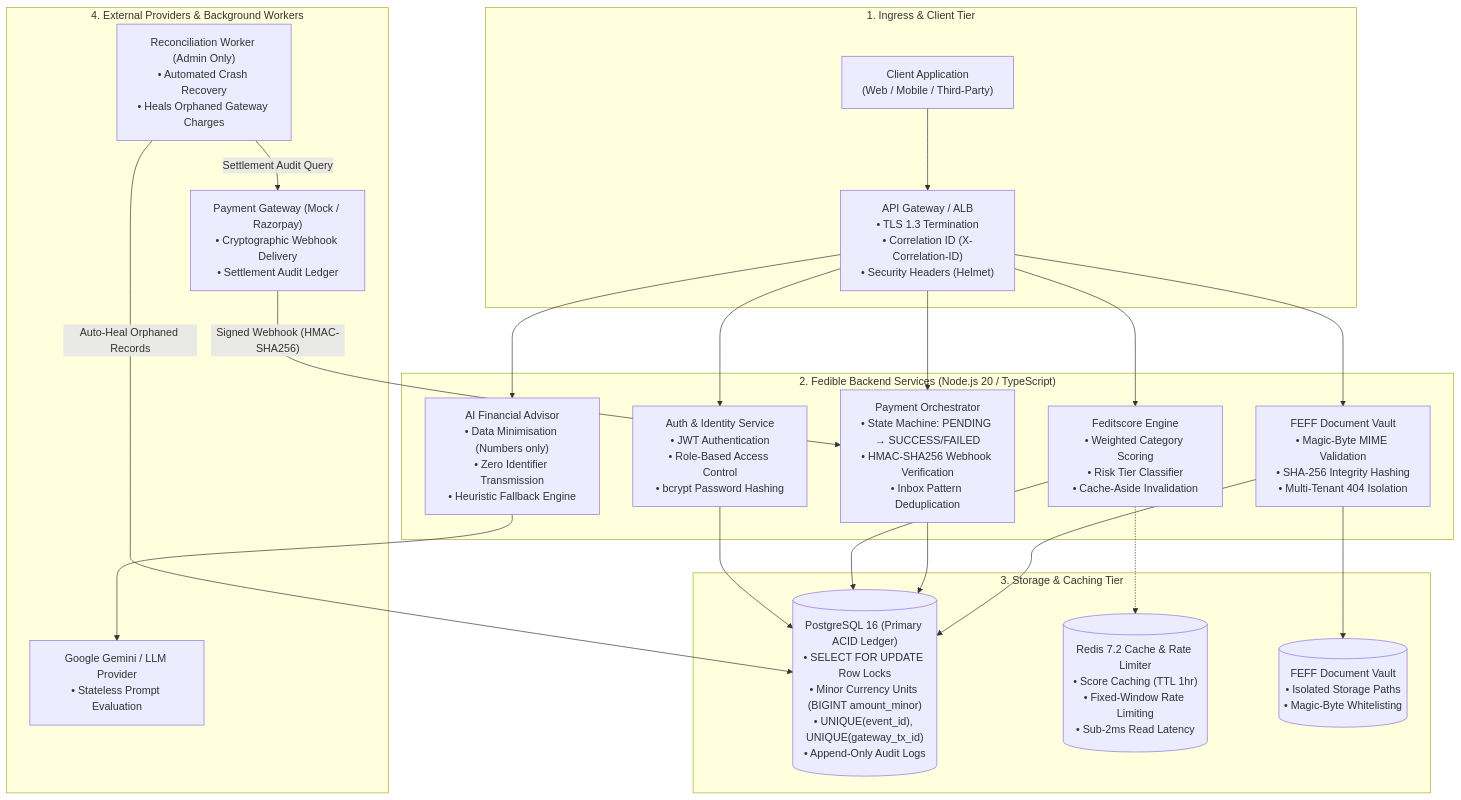
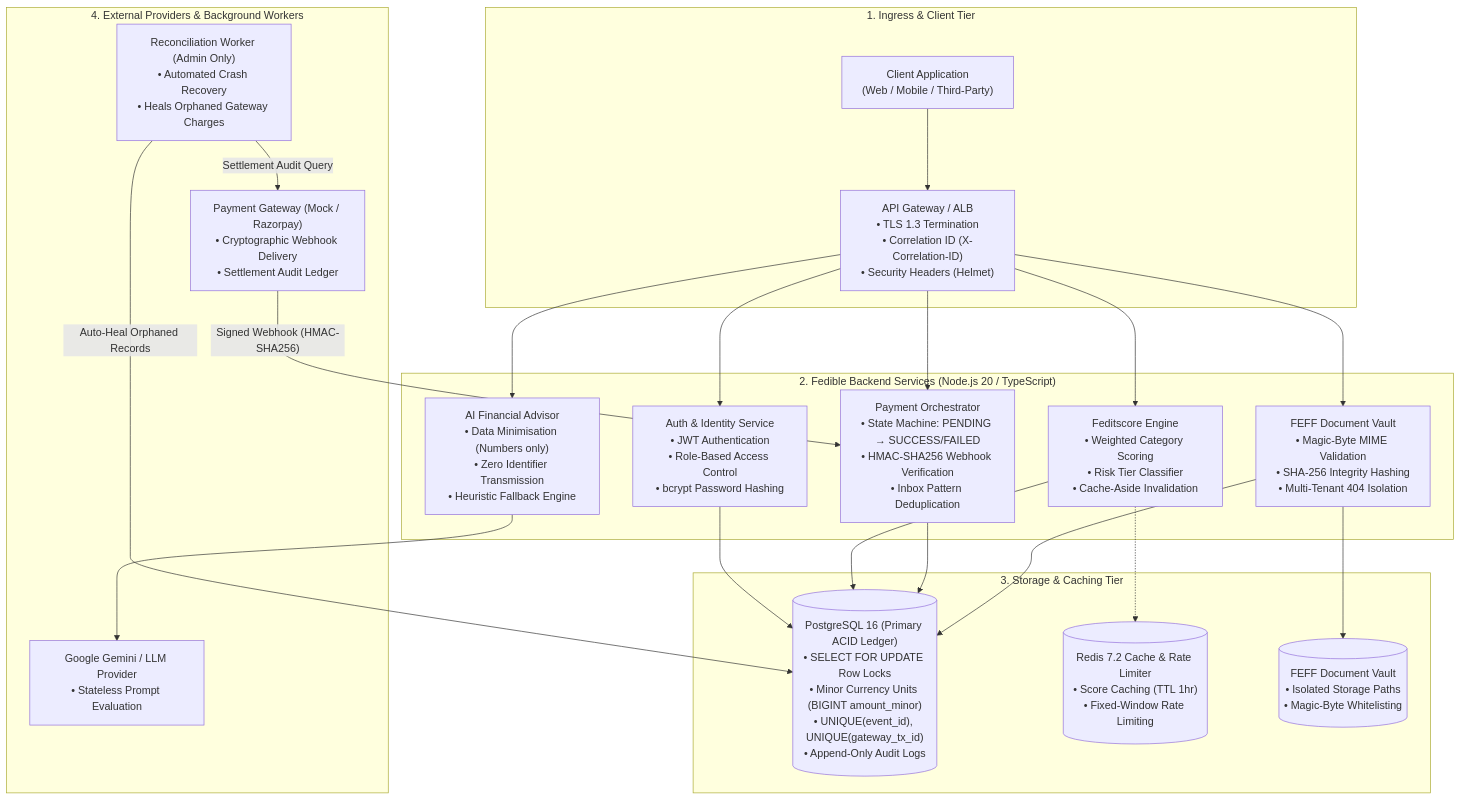
One commit to Muhammed-Sahad-P/fedibleFintech changed the diagram in docs/architecture-diagram.md. Above: the diagram before and after it, drawn with Mermaid. The commit also changed 27 other files, not shown here.

````diff
--- a/docs/architecture-diagram.md
+++ b/docs/architecture-diagram.md
@@ -5,49 +5,49 @@
 ```mermaid
 flowchart TD
     subgraph Ingress["1. Ingress & Client Tier"]
         ClientApp["Client Application\n(Web / Mobile / Third-Party)"]
         Gateway["API Gateway / ALB\n• TLS 1.3 Termination\n• Correlation ID (X-Correlation-ID)\n• Security Headers (Helmet)"]
     end
 
     subgraph CoreServices["2. Fedible Backend Services (Node.js 20 / TypeScript)"]
         AuthService["Auth & Identity Service\n• JWT Authentication\n• Role-Based Access Control\n• bcrypt Password Hashing"]
         FeditscoreService["Feditscore Engine\n• Weighted Category Scoring\n• Risk Tier Classifier\n• Cache-Aside Invalidation"]
         PaymentService["Payment Orchestrator\n• State Machine: PENDING → SUCCESS/FAILED\n• HMAC-SHA256 Webhook Verification\n• Inbox Pattern Deduplication"]
         FEFFService["FEFF Document Vault\n• Magic-Byte MIME Validation\n• SHA-256 Integrity Hashing\n• Multi-Tenant 404 Isolation"]
         AIAssistantService["AI Financial Advisor\n• Data Minimisation (Numbers only)\n• Zero Identifier Transmission\n• Heuristic Fallback Engine"]
     end
 
     subgraph StorageLayer["3. Storage & Caching Tier"]
         PostgreSQL[("PostgreSQL 16 (Primary ACID Ledger)\n• SELECT FOR UPDATE Row Locks\n• Minor Currency Units (BIGINT amount_minor)\n• UNIQUE(event_id), UNIQUE(gateway_tx_id)\n• Append-Only Audit Logs")]
-        RedisCache[("Redis 7.2 Cache & Rate Limiter\n• Score Caching (TTL 1hr)\n• Fixed-Window Rate Limiting\n• Sub-2ms Read Latency")]
+        RedisCache[("Redis 7.2 Cache & Rate Limiter\n• Score Caching (TTL 1hr)\n• Fixed-Window Rate Limiting")]
         StorageVault[("FEFF Document Vault\n• Isolated Storage Paths\n• Magic-Byte Whitelisting")]
     end
 
     subgraph ExternalTier["4. External Providers & Background Workers"]
         PaymentGateway["Payment Gateway (Mock / Razorpay)\n• Cryptographic Webhook Delivery\n• Settlement Audit Ledger"]
         ReconcilerWorker["Reconciliation Worker (Admin Only)\n• Automated Crash Recovery\n• Heals Orphaned Gateway Charges"]
         LLMProvider["Google Gemini / LLM Provider\n• Stateless Prompt Evaluation"]
     end
 
     %% Ingress Flow
     ClientApp --> Gateway
     Gateway --> AuthService
     Gateway --> FeditscoreService
     Gateway --> PaymentService
     Gateway --> FEFFService
     Gateway --> AIAssistantService
 
     %% Service to Storage
     AuthService --> PostgreSQL
     FeditscoreService --> PostgreSQL
     FeditscoreService -.-> RedisCache
     PaymentService --> PostgreSQL
     FEFFService --> PostgreSQL
     FEFFService --> StorageVault
     AIAssistantService --> LLMProvider
 
     %% Gateway & Reconciler
     PaymentGateway -->|"Signed Webhook (HMAC-SHA256)"| PaymentService
     ReconcilerWorker -->|"Settlement Audit Query"| PaymentGateway
     ReconcilerWorker -->|"Auto-Heal Orphaned Records"| PostgreSQL
 ```
````
